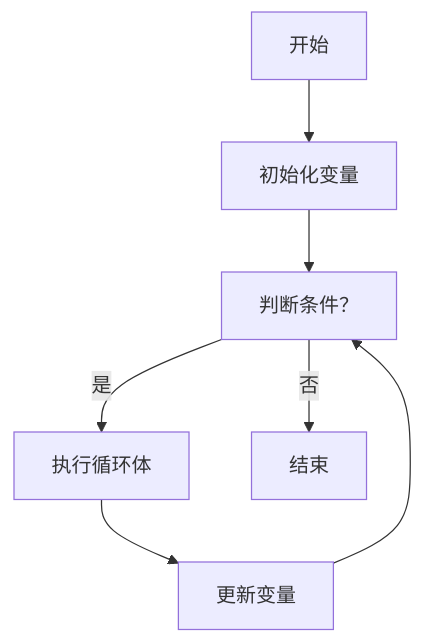
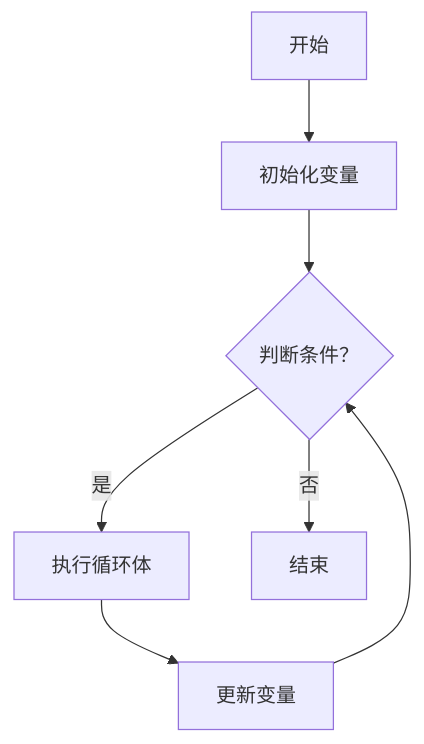
The fifth of 7 diagrams in _posts/2024-12-14-gesp-2-exam-syllabus-flow-chart.md (lihongzheshuai/lihongzheshuai.github.io), drawn with Mermaid before and after one commit. The commit also changed other lines of this file and 1 other file, not shown here.

````diff
--- a/_posts/2024-12-14-gesp-2-exam-syllabus-flow-chart.md
+++ b/_posts/2024-12-14-gesp-2-exam-syllabus-flow-chart.md
@@ -134,9 +134,9 @@
 ```mermaid
 graph TD
     A[开始] --> B[初始化变量]
-    B --> C[判断条件？]
+    B --> C{判断条件？}
     C -- 是 --> D[执行循环体]
     D --> E[更新变量]
     E --> C
     C -- 否 --> F[结束]
 ```
````
